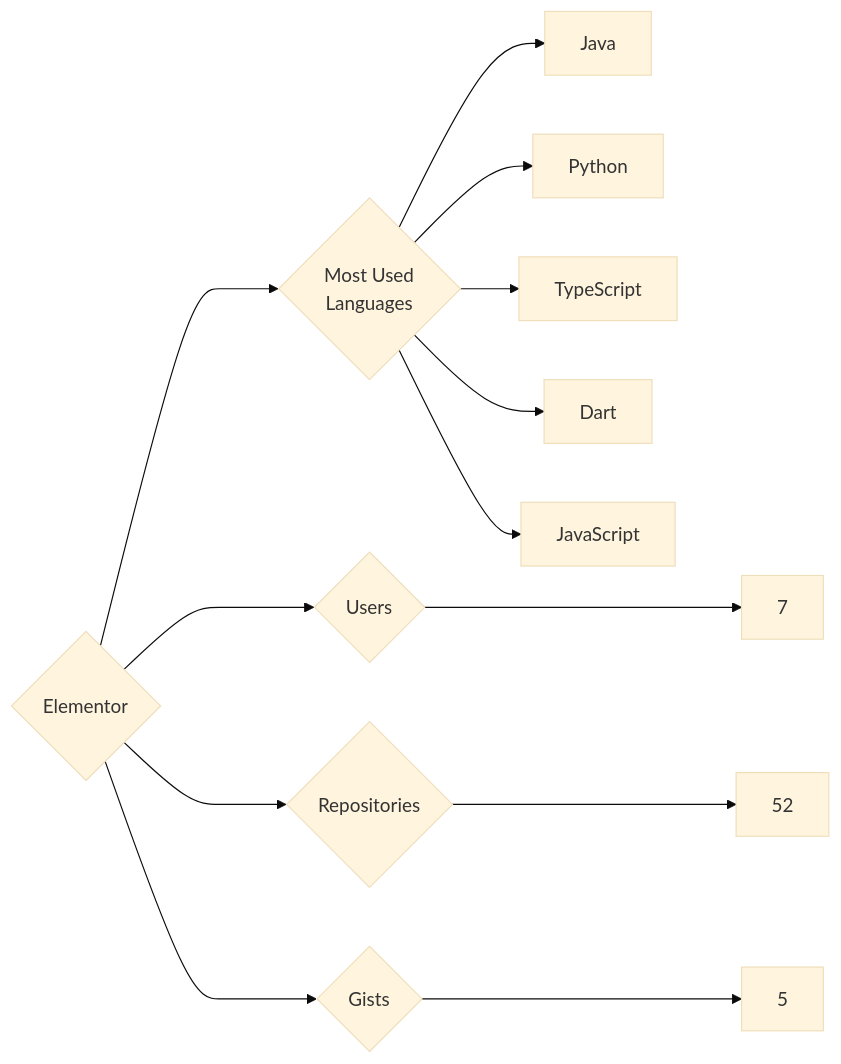
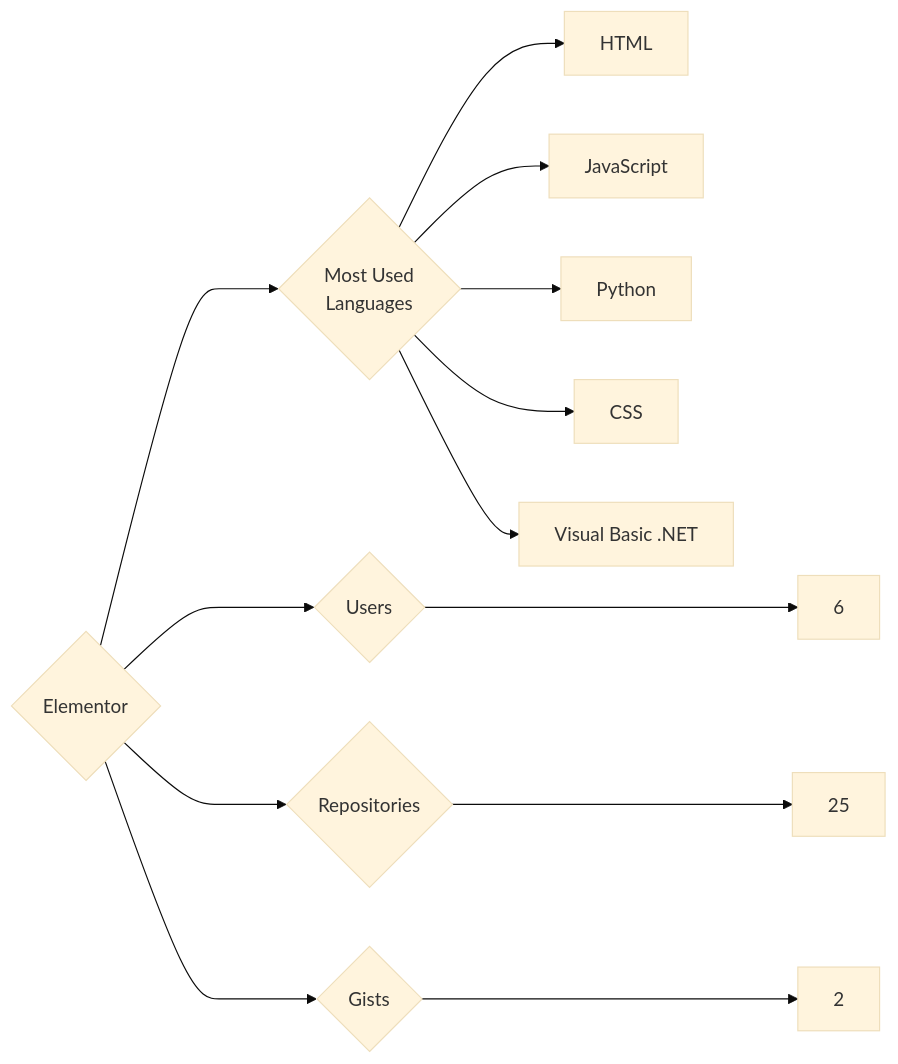
The diagram in targets/Elementor/README.md (trickest/insiders), drawn with Mermaid (base theme) before and after one commit. The commit also changed 1149 other files, not shown here.

````diff
--- a/targets/Elementor/README.md
+++ b/targets/Elementor/README.md
@@ -3,13 +3,13 @@
 ```mermaid
 graph LR
 COMPANY_NAME{Elementor}
-COMPANY_NAME ---> U{Users} ---> UN[7]
-COMPANY_NAME ---> R{Repositories} ---> RN[52]
-COMPANY_NAME ---> G{Gists} ---> GN[5]
+COMPANY_NAME ---> U{Users} ---> UN[6]
+COMPANY_NAME ---> R{Repositories} ---> RN[25]
+COMPANY_NAME ---> G{Gists} ---> GN[2]
 COMPANY_NAME ---> ML{Most Used<br>Languages}
-ML --> Java[Java]
+ML --> HTML[HTML]
+ML --> JavaScript[JavaScript]
 ML --> Python[Python]
-ML --> TypeScript[TypeScript]
-ML --> Dart[Dart]
-ML --> JavaScript[JavaScript]
+ML --> CSS[CSS]
+ML --> Visual_Basic_.NET[Visual Basic .NET]
 ```
````
